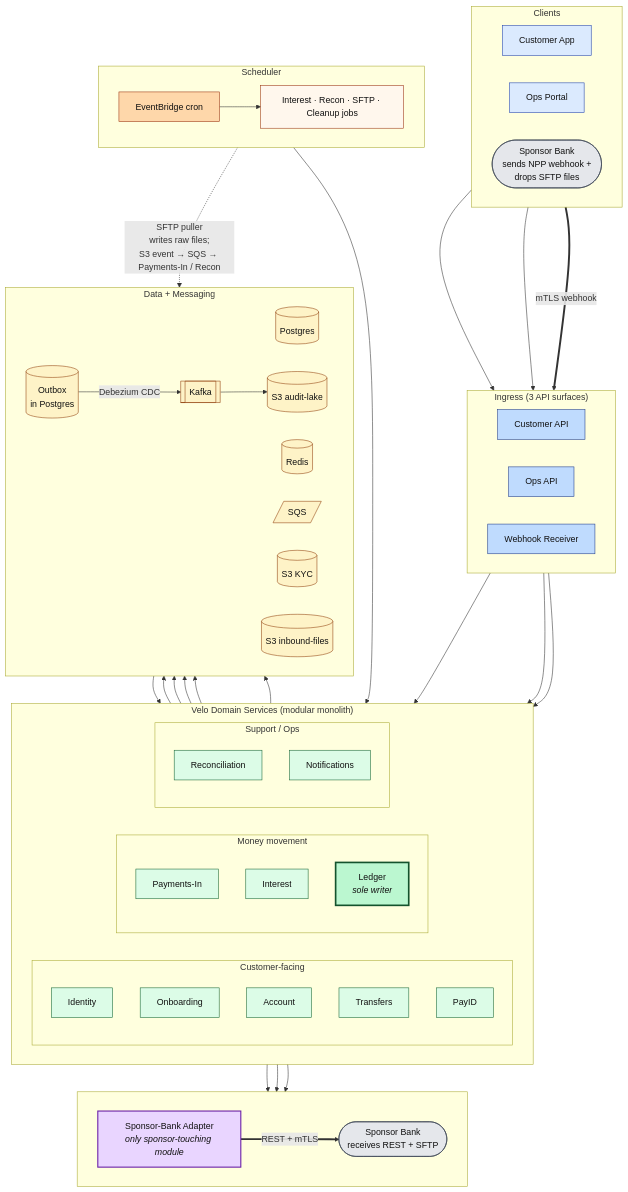
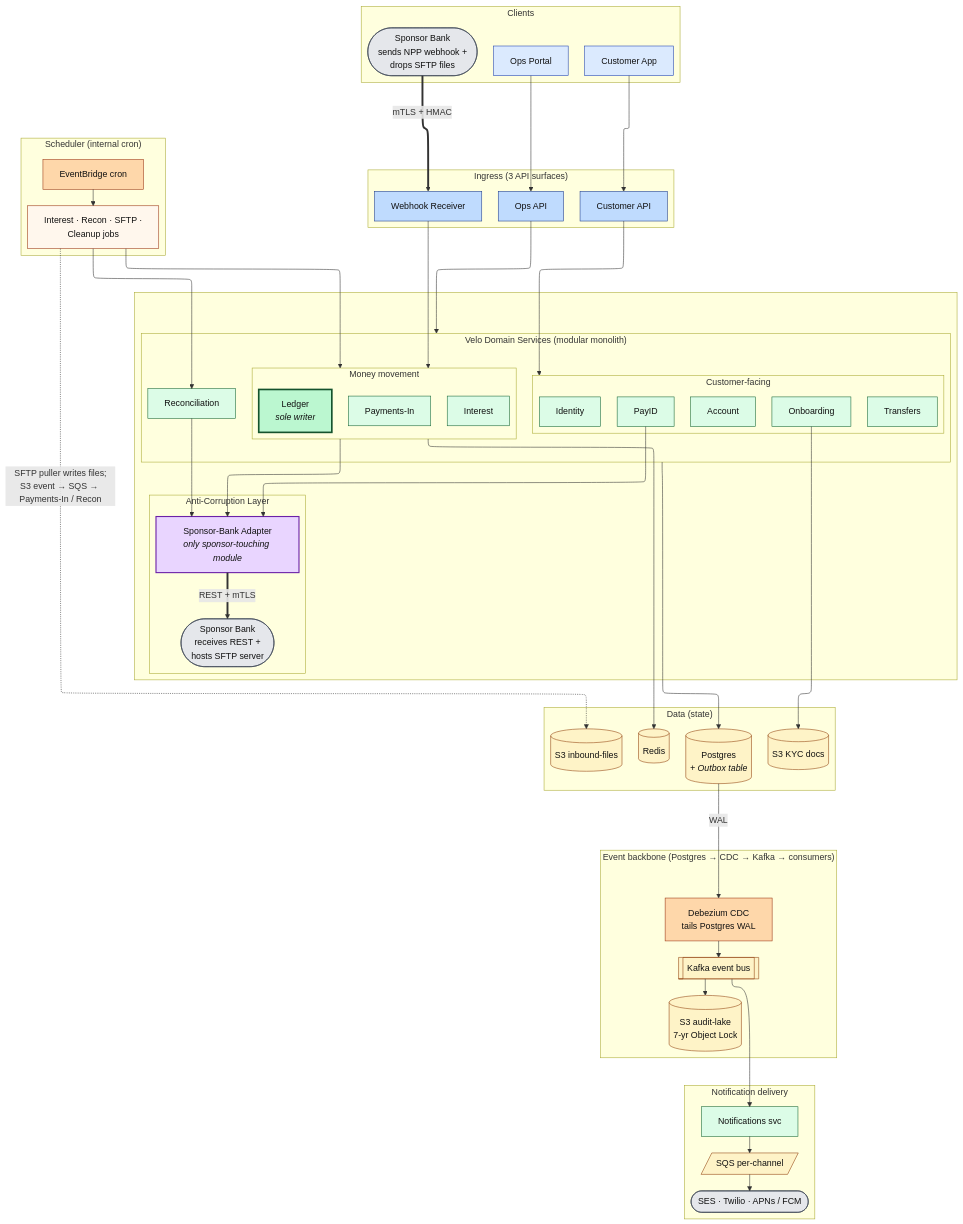
Before and after one commit to BaroPhan/velo-arch: the second of 6 diagrams in docs/09-internal-system-architecture.md, drawn with Mermaid. The commit also changed other lines of this file, not shown here.

Commit message:
docs: eliminate overlaps in Diagram 2 (ELK layout + Notifications delivery band + forward-only arrows)

````diff
--- a/docs/09-internal-system-architecture.md
+++ b/docs/09-internal-system-architecture.md
@@ -136,6 +136,11 @@
 ```mermaid
+---
+config:
+  flowchart:
+    defaultRenderer: elk
+---
 flowchart TB
-    %% ─── Top row: clients, plus the sponsor as SOURCE of the inbound webhook ───
+    %% ─── Row 1: Clients (with the sponsor as SENDER at top-right) ───
     subgraph Clients
       direction LR
       CA[Customer App]:::cli
@@ -143,7 +148,7 @@
       SP1([Sponsor Bank<br/>sends NPP webhook +<br/>drops SFTP files]):::ext
     end
 
-    %% ─── Ingress ───
+    %% ─── Row 2: Ingress ───
     subgraph Ingress["Ingress  (3 API surfaces)"]
       direction LR
       CAPI[Customer API]:::ing
@@ -151,91 +156,104 @@
       WHR[Webhook Receiver]:::ing
     end
 
-    %% ─── Domain services ───
-    subgraph Domain["Velo Domain Services  (modular monolith)"]
+    %% ─── Row 3: Domain (left) + Anti-Corruption Layer (right) ───
+    subgraph MidRow[" "]
       direction LR
-      subgraph CustGrp["Customer-facing"]
+      subgraph Domain["Velo Domain Services  (modular monolith)"]
+        direction LR
+        subgraph CustGrp["Customer-facing"]
+          direction TB
+          Id[Identity]:::svc
+          Onb[Onboarding]:::svc
+          Acc[Account]:::svc
+          Tx[Transfers]:::svc
+          PS[PayID]:::svc
+        end
+        subgraph MoneyGrp["Money movement"]
+          direction TB
+          PIn[Payments-In]:::svc
+          Int[Interest]:::svc
+          Led[Ledger<br/><i>sole writer</i>]:::hub
+        end
+        Recon[Reconciliation]:::svc
+      end
+      subgraph AclCol["Anti-Corruption Layer"]
         direction TB
-        Id[Identity]:::svc
-        Onb[Onboarding]:::svc
-        Acc[Account]:::svc
-        Tx[Transfers]:::svc
-        PS[PayID]:::svc
-      end
-      subgraph MoneyGrp["Money movement"]
-        direction TB
-        PIn[Payments-In]:::svc
-        Int[Interest]:::svc
-        Led[Ledger<br/><i>sole writer</i>]:::hub
-      end
-      subgraph SupGrp["Support / Ops"]
-        direction TB
-        Recon[Reconciliation]:::svc
-        Notif[Notifications]:::svc
+        SBA[Sponsor-Bank Adapter<br/><i>only sponsor-touching module</i>]:::acl
+        SP2([Sponsor Bank<br/>receives REST +<br/>hosts SFTP server]):::ext
       end
     end
 
-    %% ─── ACL + the sponsor as RECEIVER of our REST calls ───
-    subgraph AclRow[" "]
+    %% ─── Row 4: State (Postgres + Redis + S3s) ───
+    subgraph State["Data  (state)"]
       direction LR
-      SBA[Sponsor-Bank Adapter<br/><i>only sponsor-touching module</i>]:::acl
-      SP2([Sponsor Bank<br/>receives REST + SFTP]):::ext
+      PG[(Postgres<br/><i>+ Outbox table</i>)]:::data
+      Rd[(Redis)]:::data
+      S3K[(S3 KYC docs)]:::data
+      S3I[(S3 inbound-files)]:::data
     end
 
-    %% ─── Data + messaging ───
-    subgraph DataMsg["Data + Messaging"]
+    %% ─── Row 5: Event backbone (async fan-out) ───
+    subgraph EventBus["Event backbone  (Postgres → CDC → Kafka → consumers)"]
       direction LR
-      PG[(Postgres)]:::data
-      Rd[(Redis)]:::data
-      Ob[(Outbox<br/>in Postgres)]:::data
-      Kf[[Kafka]]:::data
-      Sq[/SQS/]:::data
-      S3K[(S3 KYC)]:::data
-      S3I[(S3 inbound-files)]:::data
-      S3A[(S3 audit-lake)]:::data
+      CDC[Debezium CDC<br/>tails Postgres WAL]:::infra
+      Kf[[Kafka event bus]]:::data
+      S3A[(S3 audit-lake<br/>7-yr Object Lock)]:::data
     end
 
-    %% ─── Scheduler ───
-    subgraph Sched["Scheduler"]
+    %% ─── Row 6: Notification delivery chain ───
+    subgraph NotifRow["Notification delivery"]
       direction LR
-      Cr[EventBridge cron]:::infra
-      Jb[Interest · Recon · SFTP · Cleanup jobs]:::job
+      Notif[Notifications svc]:::svc
+      Sq[/SQS per-channel/]:::data
+      Ext([SES · Twilio · APNs / FCM]):::ext
     end
 
-    %% ═══ ~20 arrows total — grouped where possible ═══
+    %% ─── Left sidebar: Scheduler ───
+    subgraph Sched["Scheduler  (internal cron)"]
+      direction TB
+      Cr[EventBridge cron]:::infra
+      Jb[Interest · Recon · SFTP ·<br/>Cleanup jobs]:::job
+    end
 
-    %% Client → Ingress (3)
+    %% ═══ ~22 arrows, all forward — no back-arrows ═══
+
+    %% Row 1 → Row 2 : client → ingress (3)
     CA --> CAPI
     OW --> OAPI
-    SP1 ==>|mTLS webhook| WHR
+    SP1 ==>|mTLS + HMAC| WHR
 
-    %% Ingress → Domain (3 group-level arrows, not 11 individual)
+    %% Row 2 → Row 3 : ingress → domain (3 group-level, not 11 individual)
     CAPI --> CustGrp
     OAPI --> Domain
     WHR --> MoneyGrp
 
-    %% Domain state ownership (3 arrows, not 8 individual)
-    Domain --> PG
-    MoneyGrp --> Rd
-    Onb --> S3K
-
-    %% Event backbone (5)
-    Domain --> Ob
-    Ob -->|Debezium CDC| Kf
-    Kf --> Notif
-    Kf --> S3A
-    Notif --> Sq
-
-    %% Sponsor boundary — one funnel through the ACL (4)
+    %% Row 3 sponsor funnel : 3 services → SBA → SP2 (4)
     MoneyGrp --> SBA
     PS --> SBA
     Recon --> SBA
     SBA ==>|REST + mTLS| SP2
 
-    %% Scheduler → services + inbound files (3)
+    %% Row 3 → Row 4 : domain owns state (3 arrows, not 8)
+    Domain --> PG
+    MoneyGrp --> Rd
+    Onb --> S3K
+
+    %% Row 4 → Row 5 : outbox event backbone (all forward)
+    PG -->|WAL| CDC
+    CDC --> Kf
+    Kf --> S3A
+
+    %% Row 5 → Row 6 : event → notification delivery
+    Kf --> Notif
+    Notif --> Sq
+    Sq --> Ext
+
+    %% Scheduler sidebar → services + inbound files (4)
     Cr --> Jb
     Jb --> MoneyGrp
-    Jb -.->|SFTP puller<br/>writes raw files;<br/>S3 event → SQS → Payments-In / Recon| S3I
+    Jb --> Recon
+    Jb -.->|SFTP puller writes files;<br/>S3 event → SQS → Payments-In / Recon| S3I
 
     classDef cli fill:#dbeafe,stroke:#1e40af,color:#111
     classDef ing fill:#bfdbfe,stroke:#1e3a8a,color:#111
````
